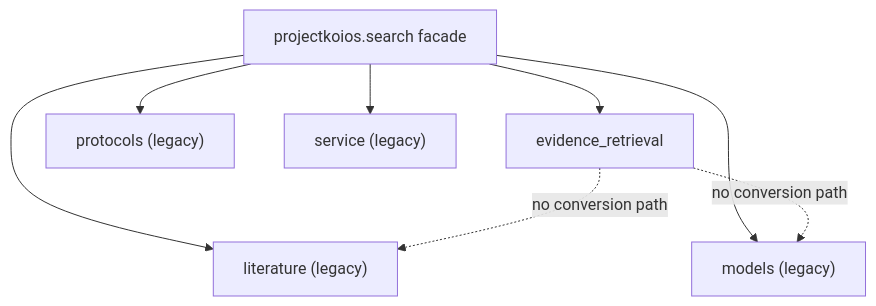
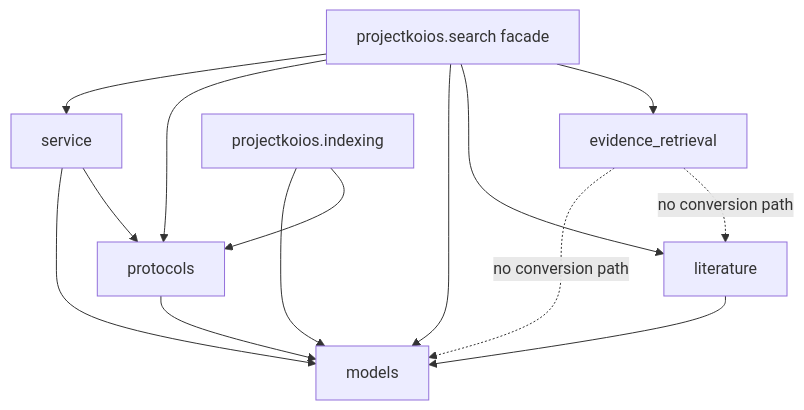
Before and after one commit to eragasa/projectkoios-search: the diagram in docs/architecture/projectkoios/search/schematic.md, drawn with Mermaid. The commit also changed other lines of this file and 53 other files, not shown here.

Commit message:
docs: complete source-mirrored search architecture

````diff
--- a/docs/architecture/projectkoios/search/schematic.md
+++ b/docs/architecture/projectkoios/search/schematic.md
@@ -3,10 +3,16 @@
 ```mermaid
 flowchart TB
     Facade["projectkoios.search facade"] --> Evidence["evidence_retrieval"]
-    Facade --> Literature["literature (legacy)"]
-    Facade --> Models["models (legacy)"]
-    Facade --> Protocols["protocols (legacy)"]
-    Facade --> Service["service (legacy)"]
+    Facade --> Literature["literature"]
+    Facade --> Models["models"]
+    Facade --> Protocols["protocols"]
+    Facade --> Service["service"]
+    Literature --> Models
+    Protocols --> Models
+    Service --> Protocols
+    Service --> Models
+    Indexing["projectkoios.indexing"] --> Protocols
+    Indexing --> Models
     Evidence -. "no conversion path" .-> Literature
     Evidence -. "no conversion path" .-> Models
 ```
````
